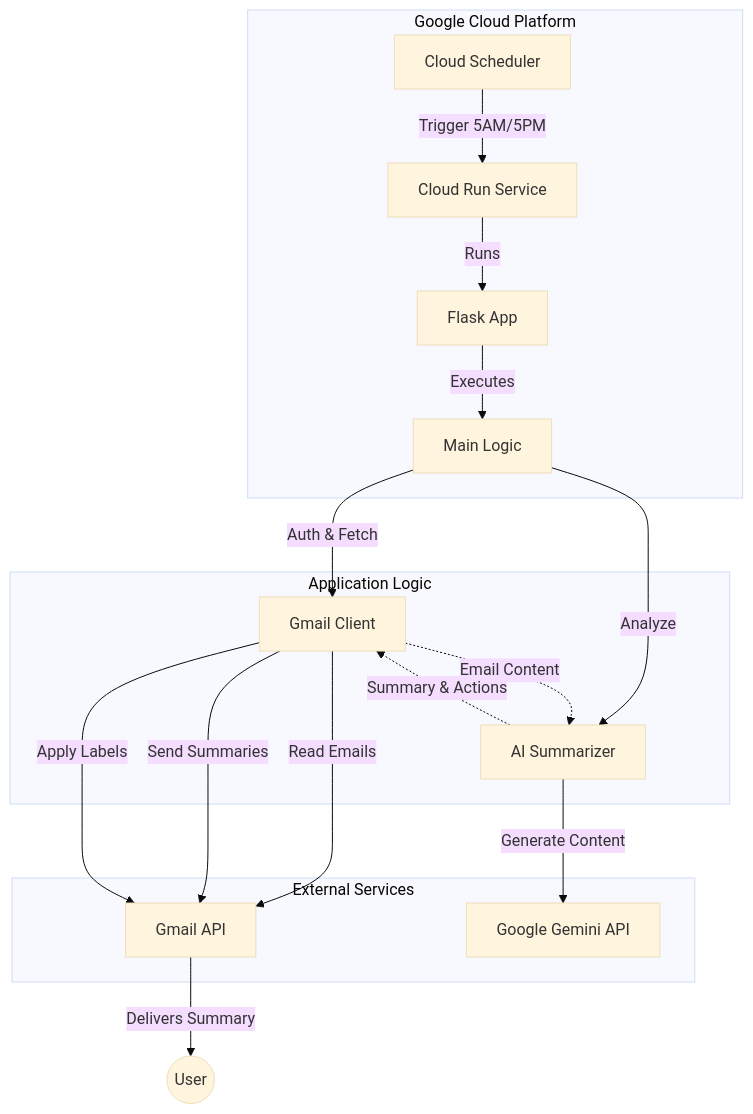
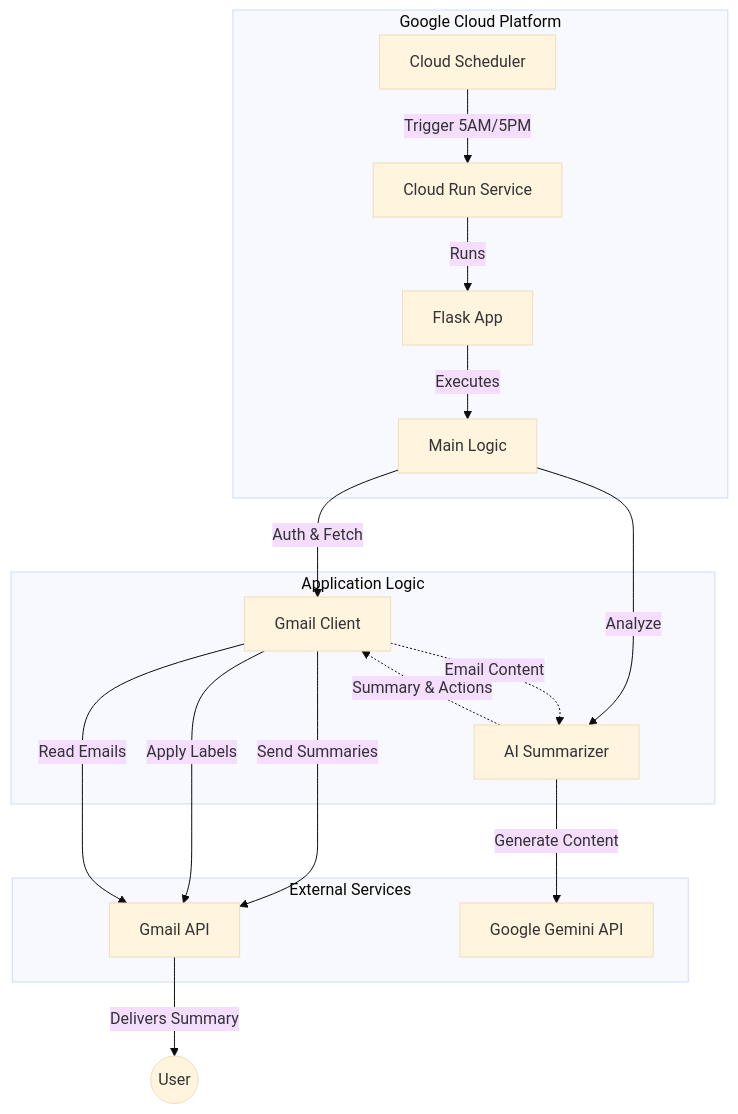
One commit to henryhyunwookim/gmail-agent changed the diagram in README.md. Above: the diagram before and after it, drawn with Mermaid (base theme). The commit also changed other lines of this file and 4 other files, not shown here.

````diff
--- a/README.md
+++ b/README.md
@@ -20,29 +20,29 @@
 ```mermaid
 graph TD
     subgraph Google Cloud Platform
         Scheduler[Cloud Scheduler] -->|Trigger 5AM/5PM| CloudRun[Cloud Run Service]
         CloudRun -->|Runs| App[Flask App]
         App -->|Executes| Main[Main Logic]
     end
 
     subgraph External Services
         GmailAPI[Gmail API]
         GeminiAPI[Google Gemini API]
     end
 
     subgraph Application Logic
         Main -->|Auth & Fetch| GmailClient[Gmail Client]
         Main -->|Analyze| Summarizer[AI Summarizer]
         
         %% Data Flow
+        Summarizer -.->|Summary & Actions| GmailClient
         GmailClient -.->|Email Content| Summarizer
-        Summarizer -.->|Summary & Actions| GmailClient
 
         Summarizer -->|Generate Content| GeminiAPI
-        GmailClient -->|Read Emails| GmailAPI
         GmailClient -->|Send Summaries| GmailAPI
         GmailClient -->|Apply Labels| GmailAPI
+        GmailClient -->|Read Emails| GmailAPI
     end
 
     GmailAPI -->|Delivers Summary| User((User))
 ```
````
